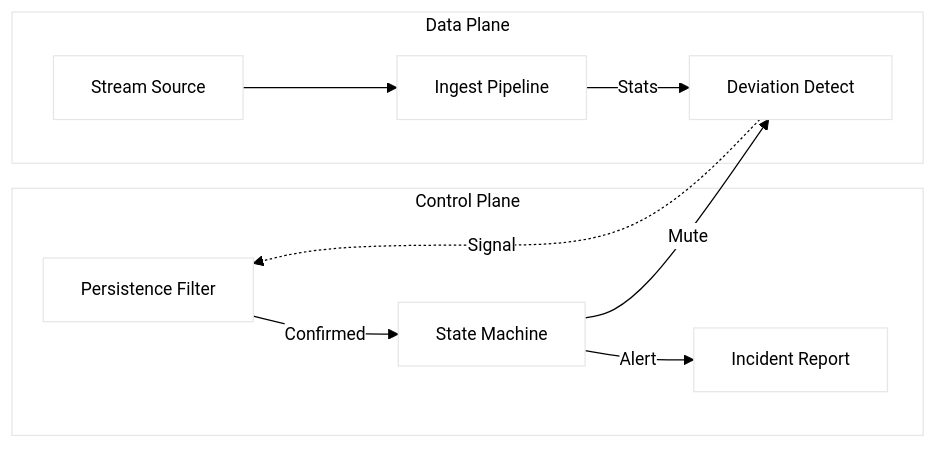
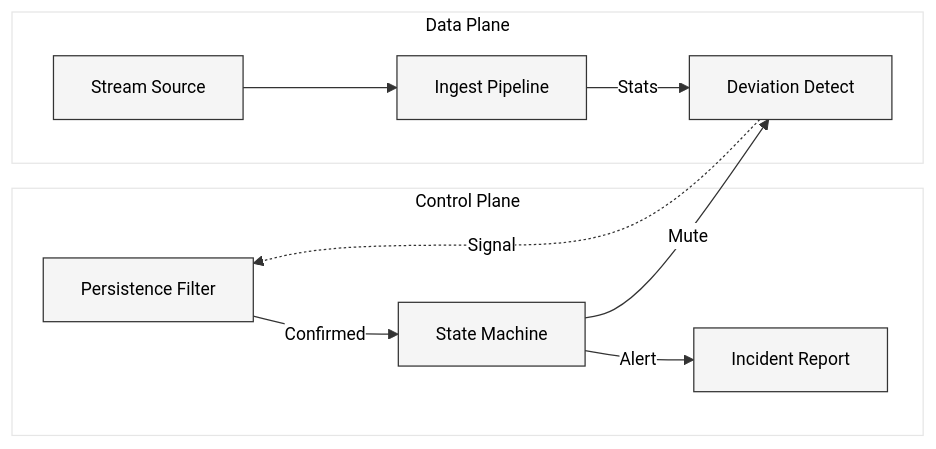
One commit to Mihirmaru22/BLACKICE changed the diagram in README.md. Above: the diagram before and after it, drawn with Mermaid.

Commit message:
docs: improve diagram visibility with subtle node background

````diff
--- a/README.md
+++ b/README.md
@@ -27,31 +27,38 @@
 ```mermaid
 %%{init: {'theme': 'base', 'themeVariables': { 'primaryColor': '#ffffff', 'primaryTextColor': '#000', 'lineColor': '#000', 'fontFamily': 'Courier New, monospace', 'fontSize': '14px'}, 'flowchart': {'curve': 'basis'}}}%%
 
 graph LR
   %% 1. Define Subgraphs
   subgraph Control["Control Plane"]
     PF[Persistence Filter]
     SM[State Machine]
     IR[Incident Report]
   end
 
   subgraph Data["Data Plane"]
     SS[Stream Source]
     IP[Ingest Pipeline]
     DD[Deviation Detect]
   end
 
   %% 2. Data Plane Flow
   SS --> IP
   IP -->|Stats| DD
 
   %% 3. Cross-Layer Signal
   DD -.->|Signal| PF
 
   %% 4. Control Plane Flow
   PF -->|Confirmed| SM
   SM -->|Alert| IR
 
   %% 5. Feedback Loop
   SM -->|Mute| DD
+
+  %% 6. Styling - LIGHT GREY FILL
+  classDef box fill:#f5f5f5,stroke:#333,stroke-width:1px,rx:0,ry:0;
+  class SS,IP,DD,PF,SM,IR box;
+  
+  %% Force connectors to be simple black lines
+  linkStyle default stroke:#333,stroke-width:1px,fill:none;
 ```
````
